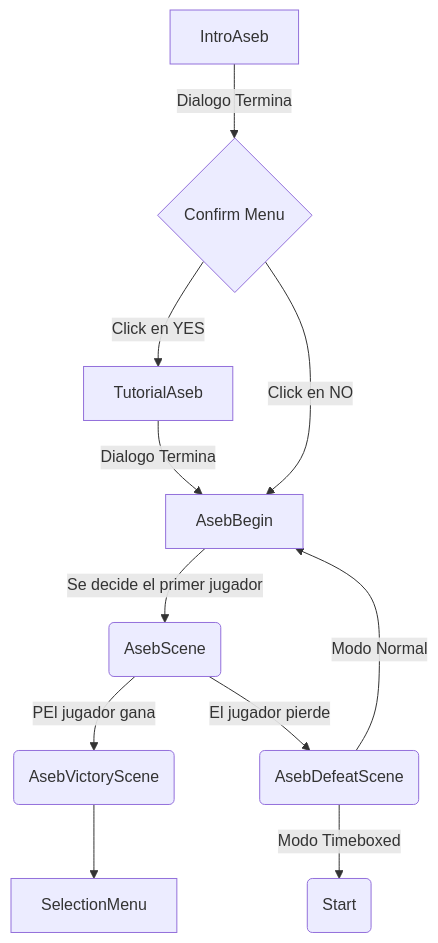
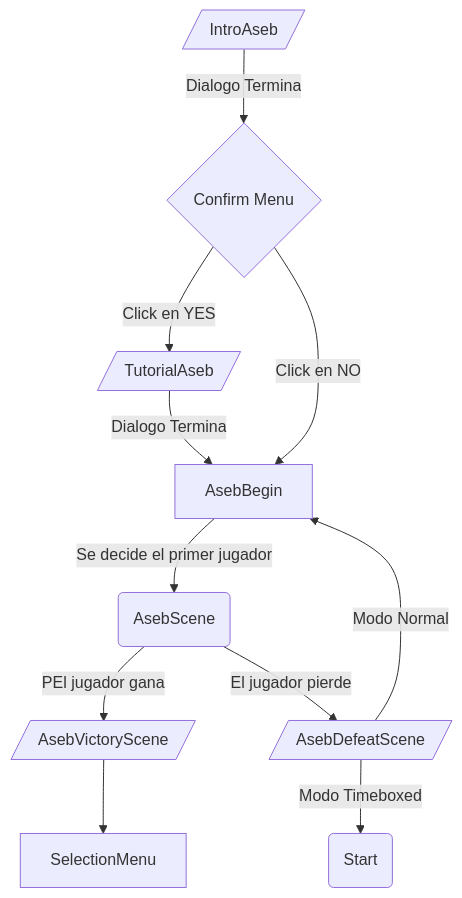
The second of 8 diagrams in arquitectura.md (MaltenGD/TimeBoxed), drawn with Mermaid before and after one commit. The commit also changed other lines of this file, not shown here.

Commit message:
Aseb Scenes done

````diff
--- a/arquitectura.md
+++ b/arquitectura.md
@@ -99,13 +99,13 @@
 ```mermaid
 flowchart TD
-    A[IntroAseb] -->|Dialogo Termina| C{Confirm Menu}
-    C -->|Click en YES| D[TutorialAseb]
+    A[/IntroAseb/] -->|Dialogo Termina| C{Confirm Menu}
+    C -->|Click en YES| D[/TutorialAseb/]
     D -->|Dialogo Termina| F[AsebBegin]
     C -->|Click en NO| F
     F -->|Se decide el primer jugador| G(AsebScene)
-    G -->|PEl jugador gana| H(AsebVictoryScene)
-    G -->|El jugador pierde| I(AsebDefeatScene)
+    G -->|PEl jugador gana| H[/AsebVictoryScene/]
+    G -->|El jugador pierde| I[/AsebDefeatScene/]
     I -->|Modo Timeboxed| J(Start)
     I -->|Modo Normal| F
     H --> SelectionMenu
 ```
````
